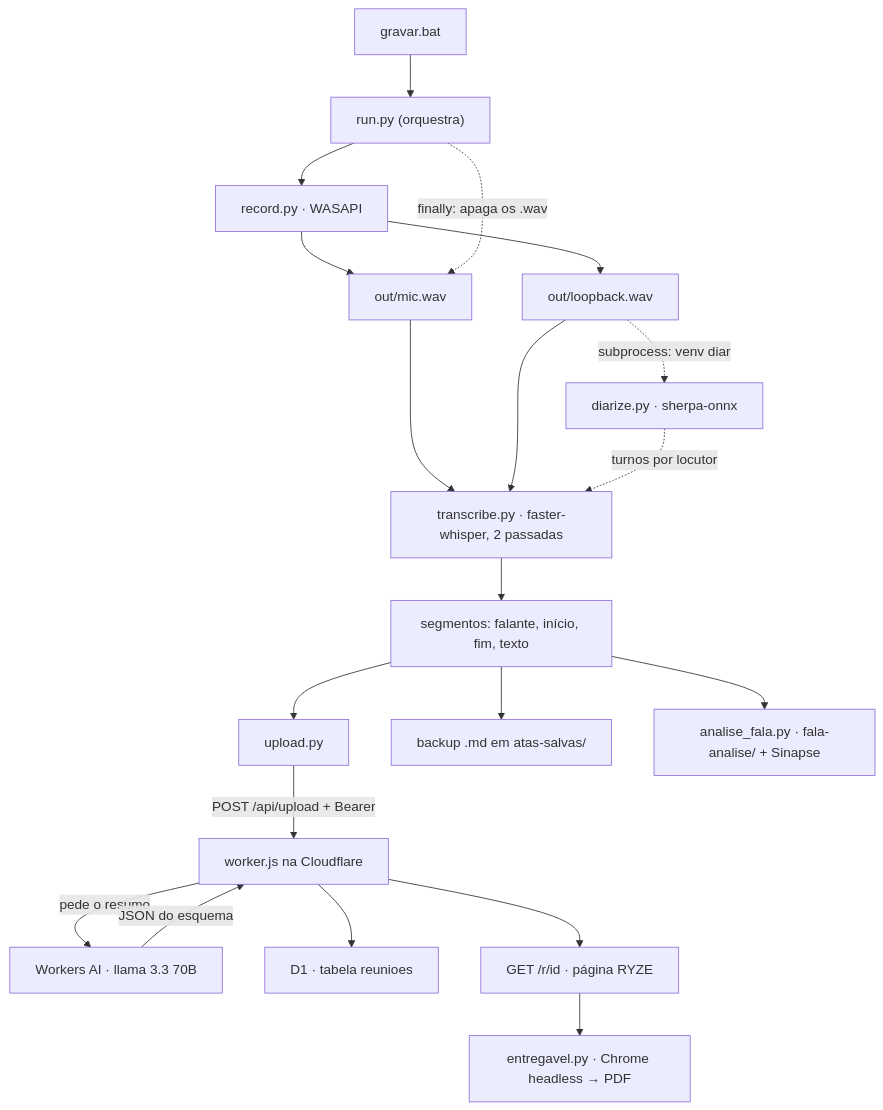
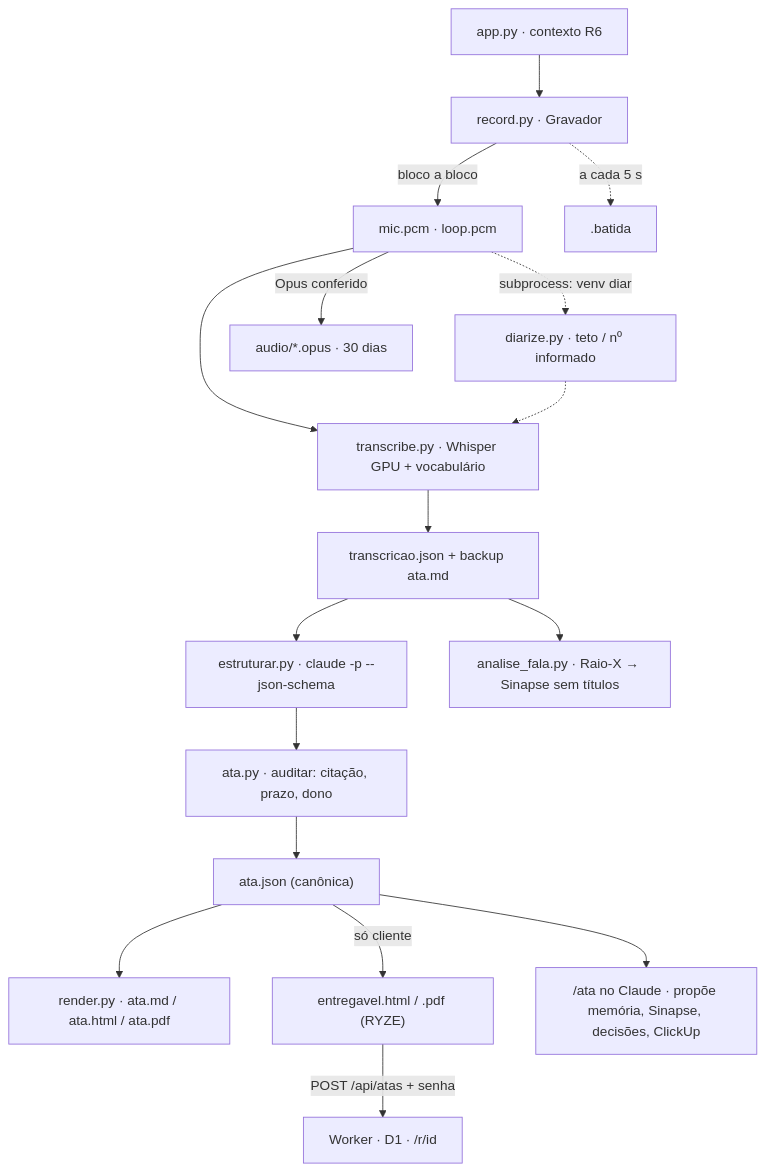
The diagram in docs/ARQUITETURA.md (pethrus07/atas), drawn with Mermaid before and after one commit. The commit also changed other lines of this file and 13 other files, not shown here.

First line of the commit message:
test+docs: 51 testes (inclusive fumaça real com Whisper/Chrome) e ARQUITETURA da v2

````diff
--- a/docs/ARQUITETURA.md
+++ b/docs/ARQUITETURA.md
@@ -36,22 +38,19 @@
 ```mermaid
 flowchart TD
-  B["gravar.bat"] --> R["run.py (orquestra)"]
-  R --> RC["record.py · WASAPI"]
-  RC --> W1["out/mic.wav"]
-  RC --> W2["out/loopback.wav"]
-  W1 --> T["transcribe.py · faster-whisper, 2 passadas"]
-  W2 --> T
-  W2 -.->|"subprocess: venv diar"| D["diarize.py · sherpa-onnx"]
-  D -.->|"turnos por locutor"| T
-  T --> S["segmentos: falante, início, fim, texto"]
-  S --> U["upload.py"]
-  U -->|"POST /api/upload + Bearer"| WK["worker.js na Cloudflare"]
-  WK -->|"pede o resumo"| AI["Workers AI · llama 3.3 70B"]
-  AI -->|"JSON do esquema"| WK
-  WK --> DB["D1 · tabela reunioes"]
-  WK --> PG["GET /r/id · página RYZE"]
-  PG --> E["entregavel.py · Chrome headless → PDF"]
-  S --> MD["backup .md em atas-salvas/"]
-  S --> FA["analise_fala.py · fala-analise/ + Sinapse"]
-  R -.->|"finally: apaga os .wav"| W1
+  A["app.py · contexto R6"] --> G["record.py · Gravador"]
+  G -->|"bloco a bloco"| P["mic.pcm · loop.pcm"]
+  G -.->|"a cada 5 s"| B[".batida"]
+  P --> T["transcribe.py · Whisper GPU + vocabulário"]
+  P -.->|"subprocess: venv diar"| D["diarize.py · teto / nº informado"]
+  D -.-> T
+  T --> TJ["transcricao.json + backup ata.md"]
+  TJ --> E["estruturar.py · claude -p --json-schema"]
+  E --> AU["ata.py · auditar: citação, prazo, dono"]
+  AU --> AJ["ata.json (canônica)"]
+  AJ --> R["render.py · ata.md / ata.html / ata.pdf"]
+  AJ -->|"só cliente"| EN["entregavel.html / .pdf (RYZE)"]
+  EN -->|"POST /api/atas + senha"| W["Worker · D1 · /r/id"]
+  TJ --> RX["analise_fala.py · Raio-X → Sinapse sem títulos"]
+  P -->|"Opus conferido"| O["audio/*.opus · 30 dias"]
+  AJ --> S["/ata no Claude · propõe memória, Sinapse, decisões, ClickUp"]
 ```
````
